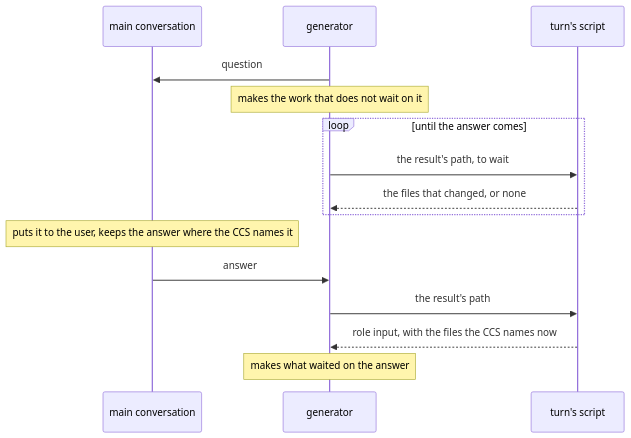
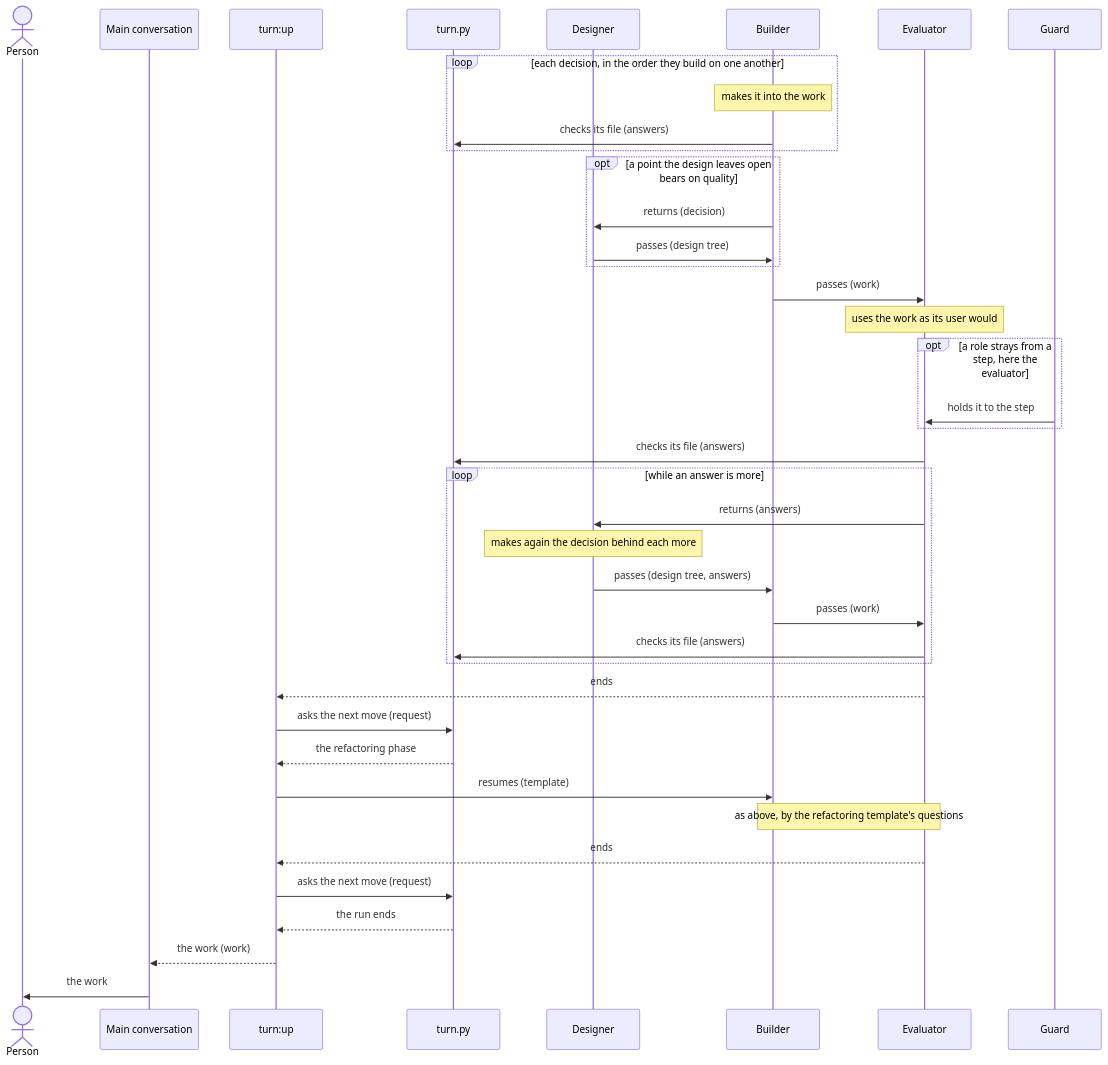
The fourth of 5 diagrams in dev/turn/architecture.md (lovaizu/ccpm), drawn with Mermaid before and after one commit. The commit also changed other lines of this file and 7 other files, not shown here.

First line of the commit message:
drafts kept unchecked: lane's README with the flow, to be rewritten from lane's concept, and turn's architecture, to say lane holds the flow; steering says how to go on while the user is away

````diff
--- a/dev/turn/architecture.md
+++ b/dev/turn/architecture.md
@@ -153,17 +238,42 @@
 ```mermaid
 sequenceDiagram
-  participant M as main conversation
-  participant G as generator
-  participant S as turn's script
-  G->>M: question
-  Note over G: makes the work that does not wait on it
-  loop until the answer comes
-    G->>S: the result's path, to wait
-    S-->>G: the files that changed, or none
+  actor P as Person
+  participant M as Main conversation
+  participant U as turn:up
+  participant S as turn.py
+  participant D as Designer
+  participant B as Builder
+  participant E as Evaluator
+  participant G as Guard
+  loop each decision, in the order they build on one another
+    Note over B: makes it into the work
+    B->>S: checks its file (answers)
   end
-  Note over M: puts it to the user, keeps the answer where the CCS names it
-  M->>G: answer
-  G->>S: the result's path
-  S-->>G: role input, with the files the CCS names now
-  Note over G: makes what waited on the answer
+  opt a point the design leaves open bears on quality
+    B->>D: returns (decision)
+    D->>B: passes (design tree)
+  end
+  B->>E: passes (work)
+  Note over E: uses the work as its user would
+  opt a role strays from a step, here the evaluator
+    G->>E: holds it to the step
+  end
+  E->>S: checks its file (answers)
+  loop while an answer is more
+    E->>D: returns (answers)
+    Note over D: makes again the decision behind each more
+    D->>B: passes (design tree, answers)
+    B->>E: passes (work)
+    E->>S: checks its file (answers)
+  end
+  E-->>U: ends
+  U->>S: asks the next move (request)
+  S-->>U: the refactoring phase
+  U->>B: resumes (template)
+  Note over B,E: as above, by the refactoring template's questions
+  E-->>U: ends
+  U->>S: asks the next move (request)
+  S-->>U: the run ends
+  U-->>M: the work (work)
+  M->>P: the work
 ```
````
